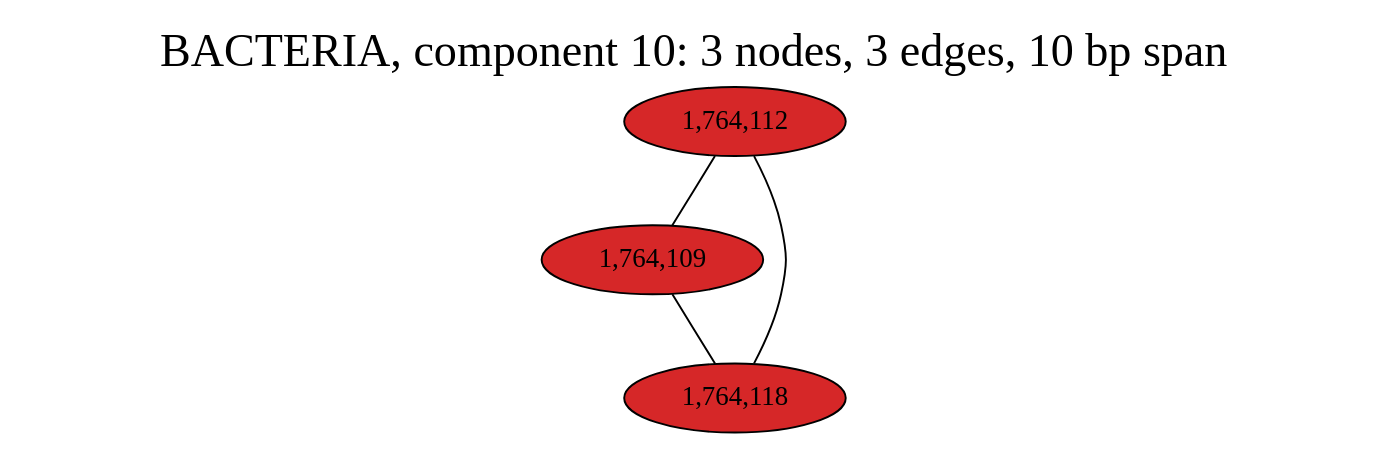
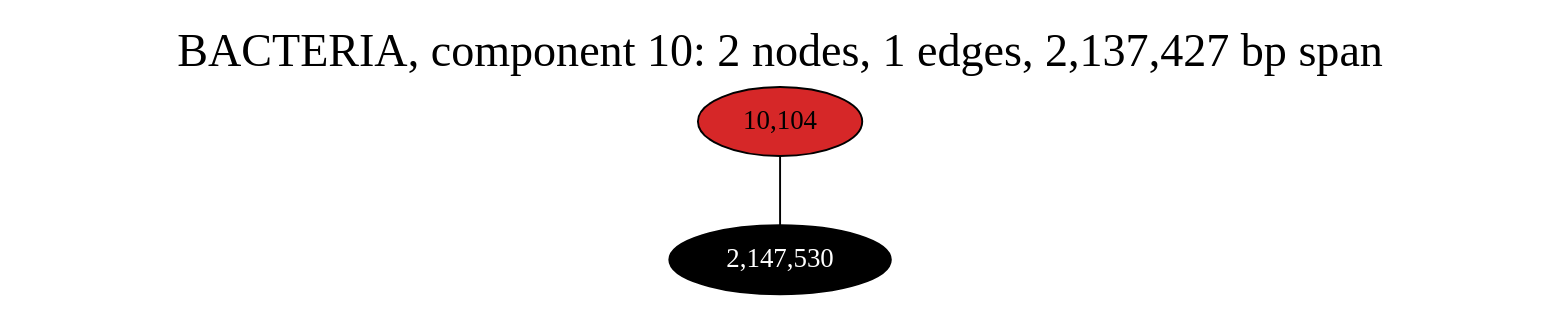
Before and after one commit to fedarko/sheepgut: the diagram in notebooks/graphs/BACTERIA_cc10.gv, drawn with Graphviz. The commit also changed 52 other files, not shown here.

```diff
--- a/notebooks/graphs/BACTERIA_cc10.gv
+++ b/notebooks/graphs/BACTERIA_cc10.gv
@@ -1,13 +1,10 @@
 graph BACTERIA_cc10 {
 	overlap="prism50";
 	outputorder="edgesfirst";
-	label="BACTERIA, component 10: 3 nodes, 3 edges, 10 bp span";
+	label="BACTERIA, component 10: 2 nodes, 1 edges, 2,137,427 bp span";
 	labelloc="t";
 	fontsize=24;
-	"1,764,112" [style="filled", fillcolor="#d62728", fontcolor="#000000"];
-	"1,764,109" [style="filled", fillcolor="#d62728", fontcolor="#000000"];
-	"1,764,118" [style="filled", fillcolor="#d62728", fontcolor="#000000"];
-	"1,764,112" -- "1,764,109";
-	"1,764,112" -- "1,764,118";
-	"1,764,109" -- "1,764,118";
+	"10,104" [style="filled", fillcolor="#d62728", fontcolor="#000000"];
+	"2,147,530" [style="filled", fillcolor="#000000", fontcolor="#ffffff"];
+	"10,104" -- "2,147,530";
 }
```
